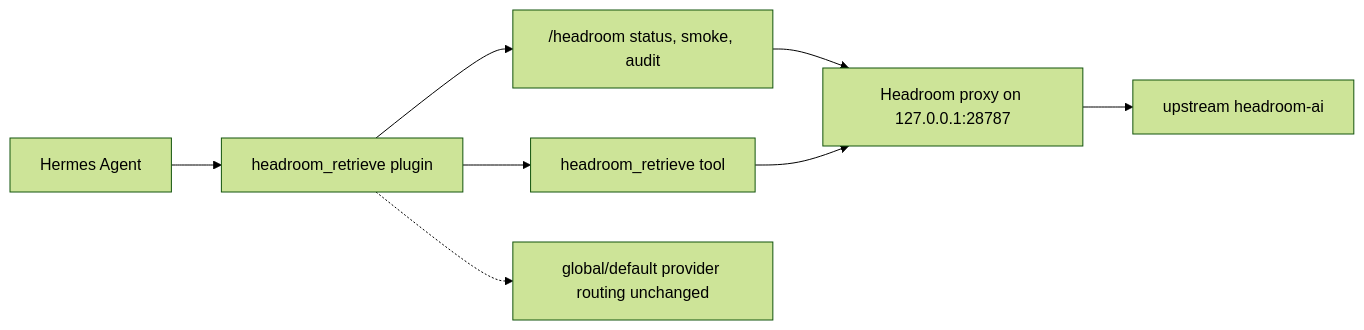
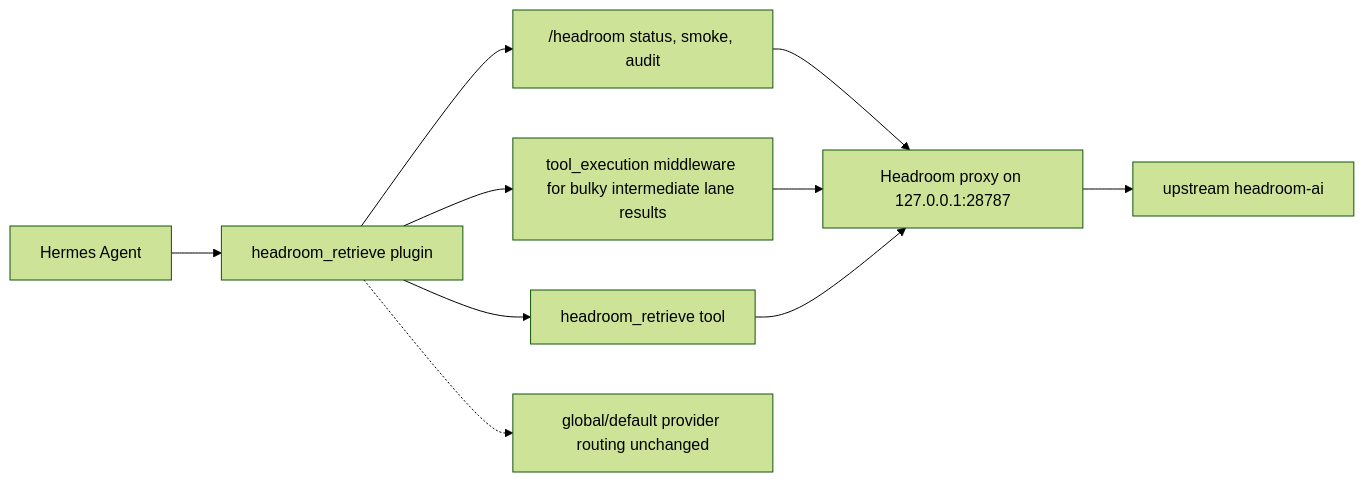
Before and after one commit to arotonal-ai/hermes-headroom-plugin: the diagram in README.md, drawn with Mermaid (forest theme). The commit also changed other lines of this file and 14 other files, not shown here.

Commit message:
Add Headroom tool execution middleware

````diff
--- a/README.md
+++ b/README.md
@@ -207,10 +207,12 @@
 ```mermaid
 flowchart LR
   H["Hermes Agent"] --> P["headroom_retrieve plugin"]
   P --> C["/headroom status, smoke, audit"]
   P --> T["headroom_retrieve tool"]
+  P --> M["tool_execution middleware for bulky intermediate lane results"]
   C --> X["Headroom proxy on 127.0.0.1:28787"]
+  M --> X
   T --> X
   X --> U["upstream headroom-ai"]
   P -.-> R["global/default provider routing unchanged"]
 ```
````
